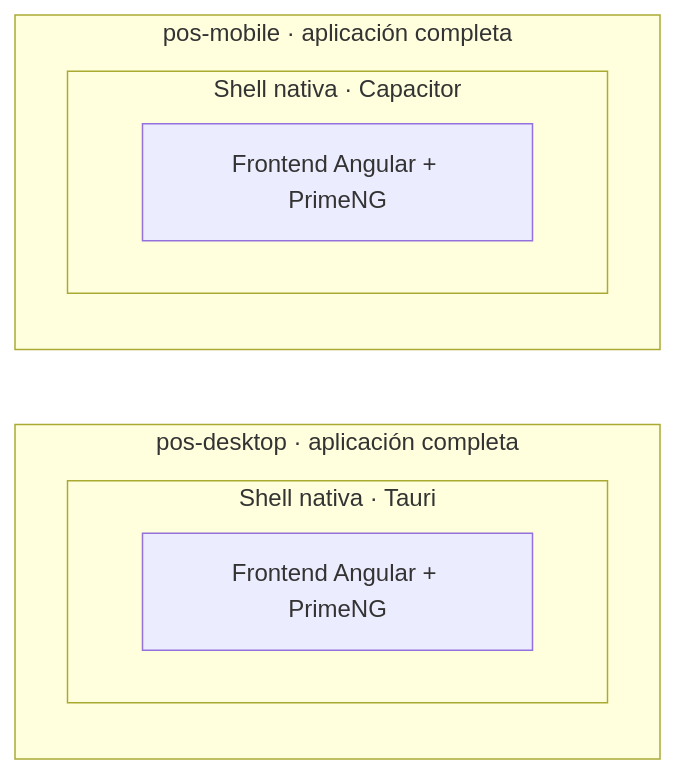
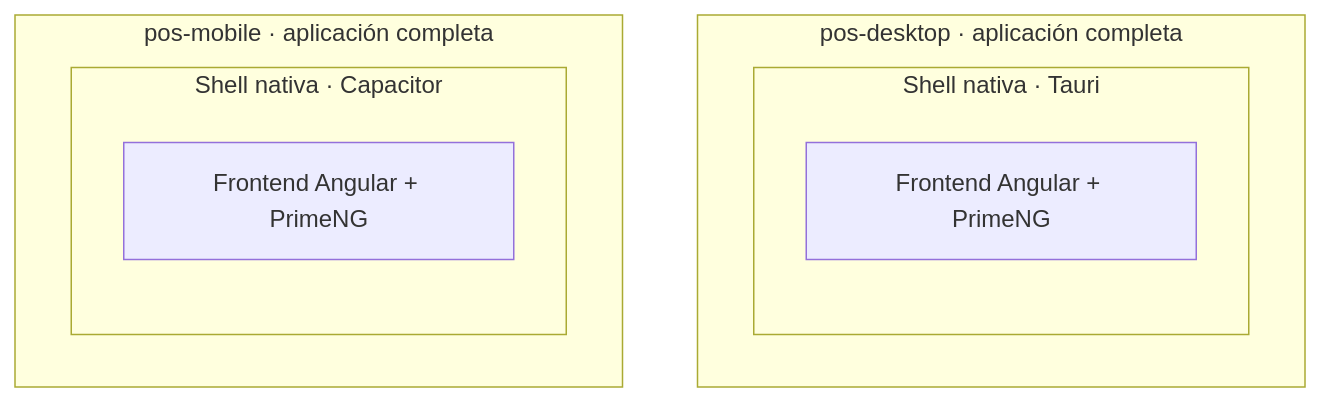
One commit to developer-implementos/pos-docs changed the first of 2 diagrams in docs/decisions/native-clients.md. Above: the diagram before and after it, drawn with Mermaid. The commit also changed 2 other files, not shown here.

Commit message:
docs: align interactive labels and compact client composition

````diff
--- a/docs/decisions/native-clients.md
+++ b/docs/decisions/native-clients.md
@@ -18,13 +18,13 @@
 ```mermaid
-flowchart LR
+flowchart TB
     subgraph Desktop["pos-desktop · aplicación completa"]
         subgraph Tauri["Shell nativa · Tauri"]
             DesktopUI["Frontend Angular + PrimeNG"]
         end
     end
     subgraph Mobile["pos-mobile · aplicación completa"]
         subgraph Capacitor["Shell nativa · Capacitor"]
             MobileUI["Frontend Angular + PrimeNG"]
         end
     end
 ```
````
